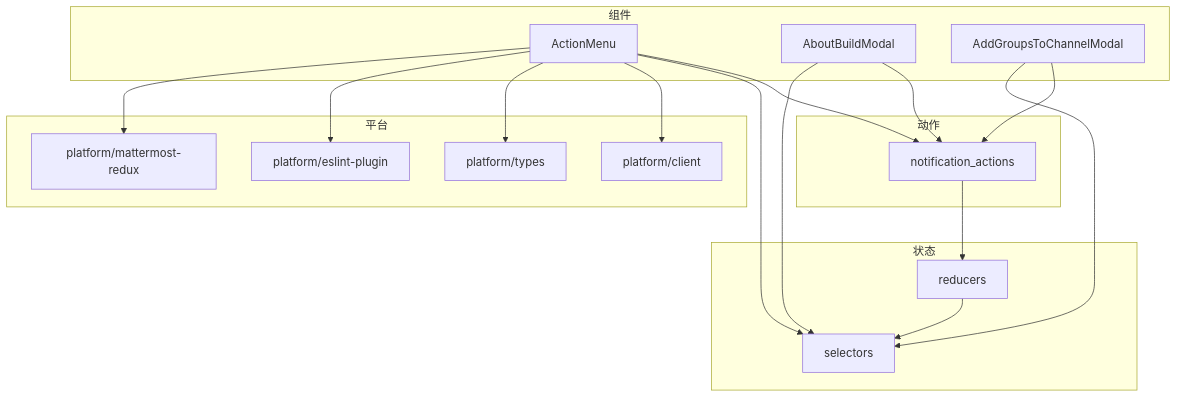
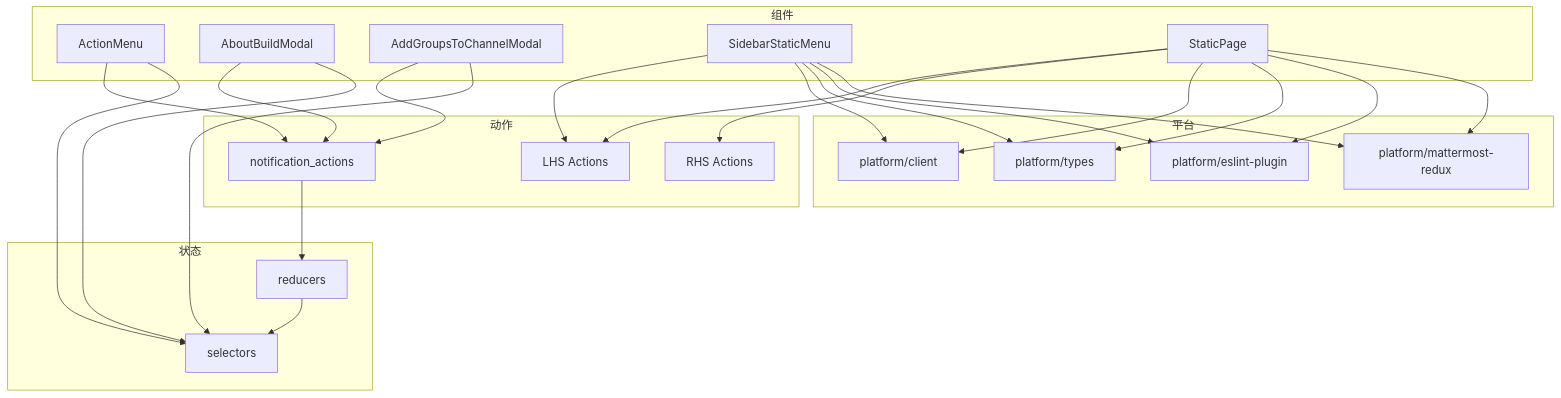
One commit to frankMa-1993/mattermost changed the eighth of 8 diagrams in .qoder/repowiki/zh/content/前端开发/组件开发指南/组件开发指南.md. Above: the diagram before and after it, drawn with Mermaid. The commit also changed other lines of this file and 7 other files, not shown here.

````diff
--- a/.qoder/repowiki/zh/content/前端开发/组件开发指南/组件开发指南.md
+++ b/.qoder/repowiki/zh/content/前端开发/组件开发指南/组件开发指南.md
@@ -242,33 +372,44 @@
 ```mermaid
 graph TB
 subgraph "组件"
 AM["ActionMenu"]
 ABM["AboutBuildModal"]
 AGTCM["AddGroupsToChannelModal"]
+SSM["SidebarStaticMenu"]
+STP["StaticPage"]
 end
 subgraph "动作"
 NA["notification_actions"]
+LHS["LHS Actions"]
+RHS["RHS Actions"]
 end
 subgraph "状态"
 RDX["reducers"]
 SEL["selectors"]
 end
 subgraph "平台"
 CLI["platform/client"]
 TYP["platform/types"]
 ESN["platform/eslint-plugin"]
 MMR["platform/mattermost-redux"]
 end
 AM --> NA
 ABM --> NA
 AGTCM --> NA
+SSM --> LHS
+STP --> LHS
+STP --> RHS
 NA --> RDX
 RDX --> SEL
 AM --> SEL
 ABM --> SEL
 AGTCM --> SEL
-AM --> CLI
-AM --> TYP
-AM --> ESN
-AM --> MMR
+SSM --> CLI
+SSM --> TYP
+SSM --> ESN
+SSM --> MMR
+STP --> CLI
+STP --> TYP
+STP --> ESN
+STP --> MMR
 ```
````
